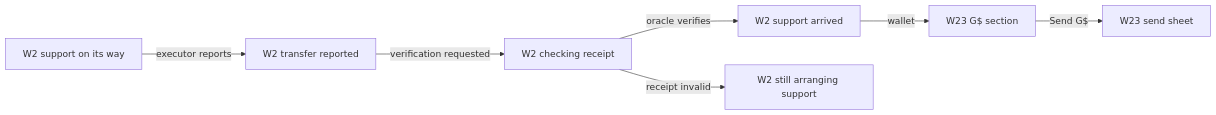
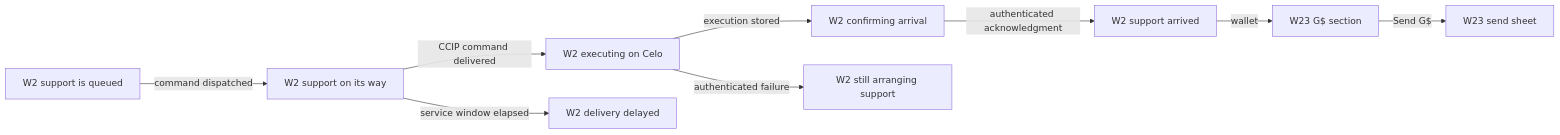
One commit to greenpill-dev-guild/green-goods changed diagram 11 of 14 in .plans/active/commitment-pooling/prototypes.md. Above: the diagram before and after it, drawn with Mermaid. The commit also changed other lines of this file and 44 other files, not shown here.

Commit message:
docs(contracts): freeze CCIP settlement architecture

````diff
--- a/.plans/active/commitment-pooling/prototypes.md
+++ b/.plans/active/commitment-pooling/prototypes.md
@@ -477,9 +477,11 @@
 ```mermaid
 flowchart LR
-  A["W2 support on its way"] -->|"executor reports"| B["W2 transfer reported"]
-  B -->|"verification requested"| C["W2 checking receipt"]
-  C -->|"oracle verifies"| D["W2 support arrived"]
+  Q["W2 support is queued"] -->|"command dispatched"| A["W2 support on its way"]
+  A -->|"CCIP command delivered"| B["W2 executing on Celo"]
+  A -->|"service window elapsed"| H["W2 delivery delayed"]
+  B -->|"execution stored"| C["W2 confirming arrival"]
+  C -->|"authenticated acknowledgment"| D["W2 support arrived"]
   D -->|"wallet"| E["W23 G$ section"]
   E -->|"Send G$"| F["W23 send sheet"]
-  C -->|"receipt invalid"| G["W2 still arranging support"]
+  B -->|"authenticated failure"| G["W2 still arranging support"]
 ```
````
